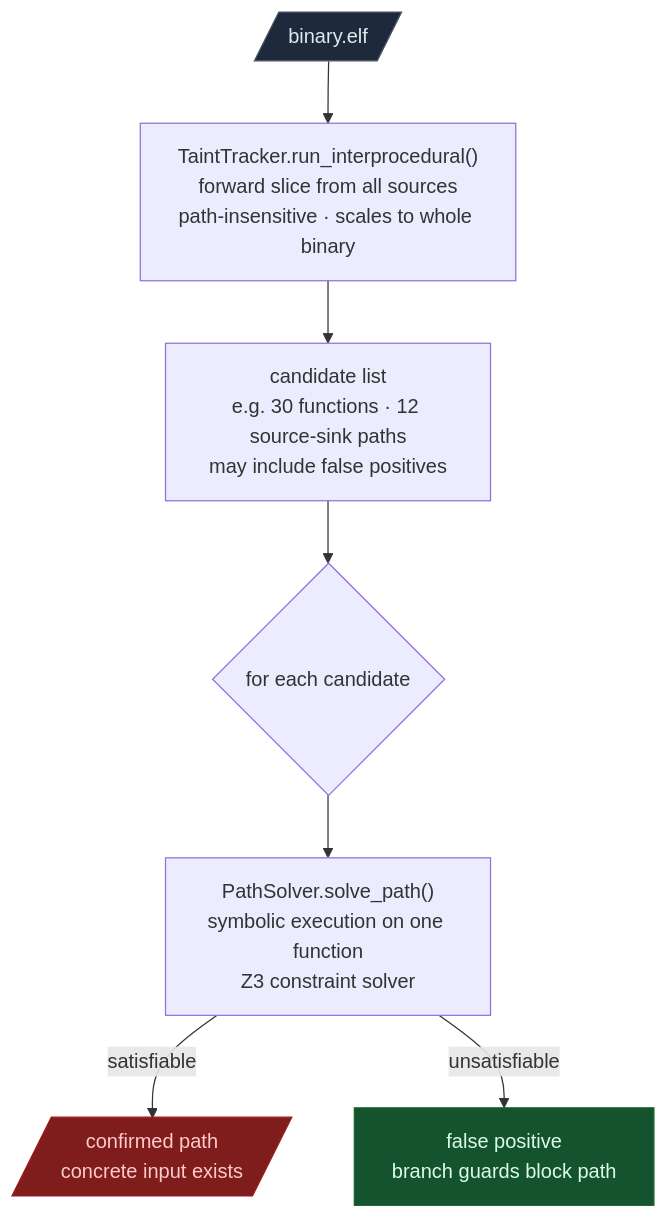
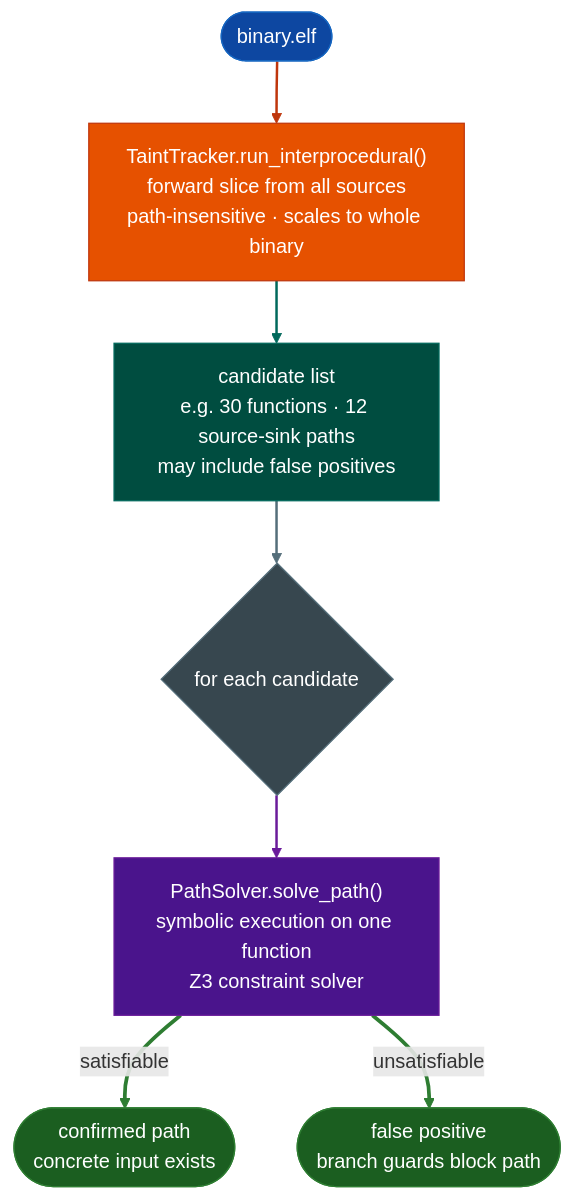
Diagram 12 of 22 in docs/overview.md (Ablation-Tool/ablation), drawn with Mermaid before and after one commit. The commit also changed other lines of this file and 320 other files, not shown here.

First line of the commit message:
docs: apply canonical Mermaid template to all 321 diagrams

````diff
--- a/docs/overview.md
+++ b/docs/overview.md
@@ -279,13 +364,21 @@
 ```mermaid
 flowchart TD
-    A[/"binary.elf"/] --> B["TaintTracker.run_interprocedural()\nforward slice from all sources\npath-insensitive · scales to whole binary"]
-    B --> C["candidate list\ne.g. 30 functions · 12 source-sink paths\nmay include false positives"]
-    C --> D{"for each candidate"}
-    D --> E["PathSolver.solve_path()\nsymbolic execution on one function\nZ3 constraint solver"]
-    E -->|"satisfiable"| F[/"confirmed path\nconcrete input exists"/]
-    E -->|"unsatisfiable"| G["false positive\nbranch guards block path"]
-
-    style A fill:#1e293b,stroke:#475569,color:#e2e8f0
-    style F fill:#7f1d1d,stroke:#991b1b,color:#fecaca
-    style G fill:#14532d,stroke:#166534,color:#dcfce7
+    A(["binary.elf"]):::input --> B["TaintTracker.run_interprocedural()\nforward slice from all sources\npath-insensitive · scales to whole binary"]:::primary
+    B:::primary --> C["candidate list\ne.g. 30 functions · 12 source-sink paths\nmay include false positives"]:::secondary
+    C:::secondary --> D{"for each candidate"}:::neutral
+    D:::neutral --> E["PathSolver.solve_path()\nsymbolic execution on one function\nZ3 constraint solver"]:::tertiary
+    E:::tertiary -->|"satisfiable"| F(["confirmed path\nconcrete input exists"]):::output
+    E:::tertiary -->|"unsatisfiable"| G(["false positive\nbranch guards block path"]):::output
+    classDef input     fill:#0d47a1,stroke:#1565c0,color:#fff
+    classDef primary   fill:#e65100,stroke:#bf360c,color:#fff
+    classDef secondary fill:#004d40,stroke:#00695c,color:#fff
+    classDef tertiary  fill:#4a148c,stroke:#6a1b9a,color:#fff
+    classDef neutral   fill:#37474f,stroke:#546e7a,color:#fff
+    classDef output    fill:#1b5e20,stroke:#2e7d32,color:#fff
+    linkStyle 0 stroke:#bf360c,stroke-width:2px
+    linkStyle 1 stroke:#00695c,stroke-width:2px
+    linkStyle 2 stroke:#546e7a,stroke-width:2px
+    linkStyle 3 stroke:#6a1b9a,stroke-width:2px
+    linkStyle 4 stroke:#2e7d32,stroke-width:3px
+    linkStyle 5 stroke:#2e7d32,stroke-width:3px
 ```
````
